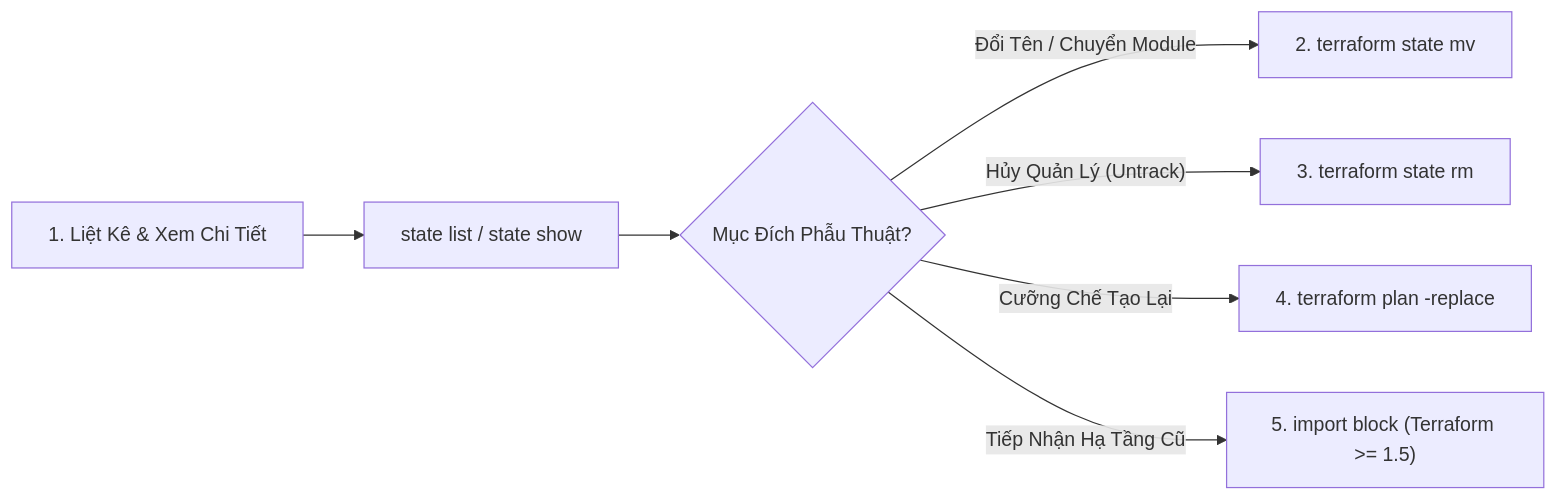
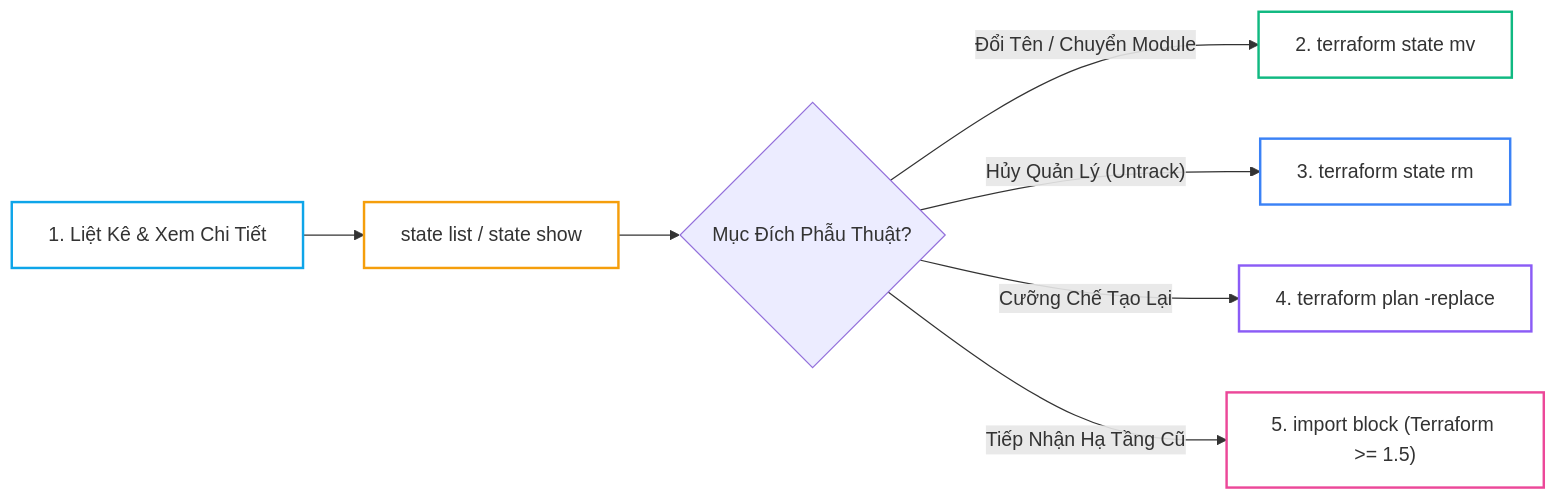
The second of 5 diagrams in _posts/2026-09-13-terraform-08-08-phau-thuat-state-state-mv-rm-replace-declarative-import-giai-cuu-ha-tang.md (kiennt308/ntk), drawn with Mermaid before and after one commit. The commit also changed other lines of this file and 26 other files, not shown here.

Commit message:
style(terraform): standardize presentation, complete titles & summaries, tailor tldr, and optimize lab tables & mermaid across Bài 05 to Bài 31

````diff
--- a/_posts/2026-09-13-terraform-08-08-phau-thuat-state-state-mv-rm-replace-declarative-import-giai-cuu-ha-tang.md
+++ b/_posts/2026-09-13-terraform-08-08-phau-thuat-state-state-mv-rm-replace-declarative-import-giai-cuu-ha-tang.md
@@ -81,11 +90,16 @@
 ```mermaid
 flowchart LR
     A["1. Liệt Kê & Xem Chi Tiết"] --> B["state list / state show"]
     B --> C{Mục Đích Phẫu Thuật?}
     C -->|"Đổi Tên / Chuyển Module"| D["2. terraform state mv"]
     C -->|"Hủy Quản Lý (Untrack)"| E["3. terraform state rm"]
     C -->|"Cưỡng Chế Tạo Lại"| F["4. terraform plan -replace"]
     C -->|"Tiếp Nhận Hạ Tầng Cũ"| G["5. import block (Terraform &gt;= 1.5)"]
 
-
+    style E fill:none,stroke:#3b82f6,stroke-width:2px
+    style A fill:none,stroke:#0ea5e9,stroke-width:2px
+    style D fill:none,stroke:#10b981,stroke-width:2px
+    style B fill:none,stroke:#f59e0b,stroke-width:2px
+    style F fill:none,stroke:#8b5cf6,stroke-width:2px
+    style G fill:none,stroke:#ec4899,stroke-width:2px
 ```
````
